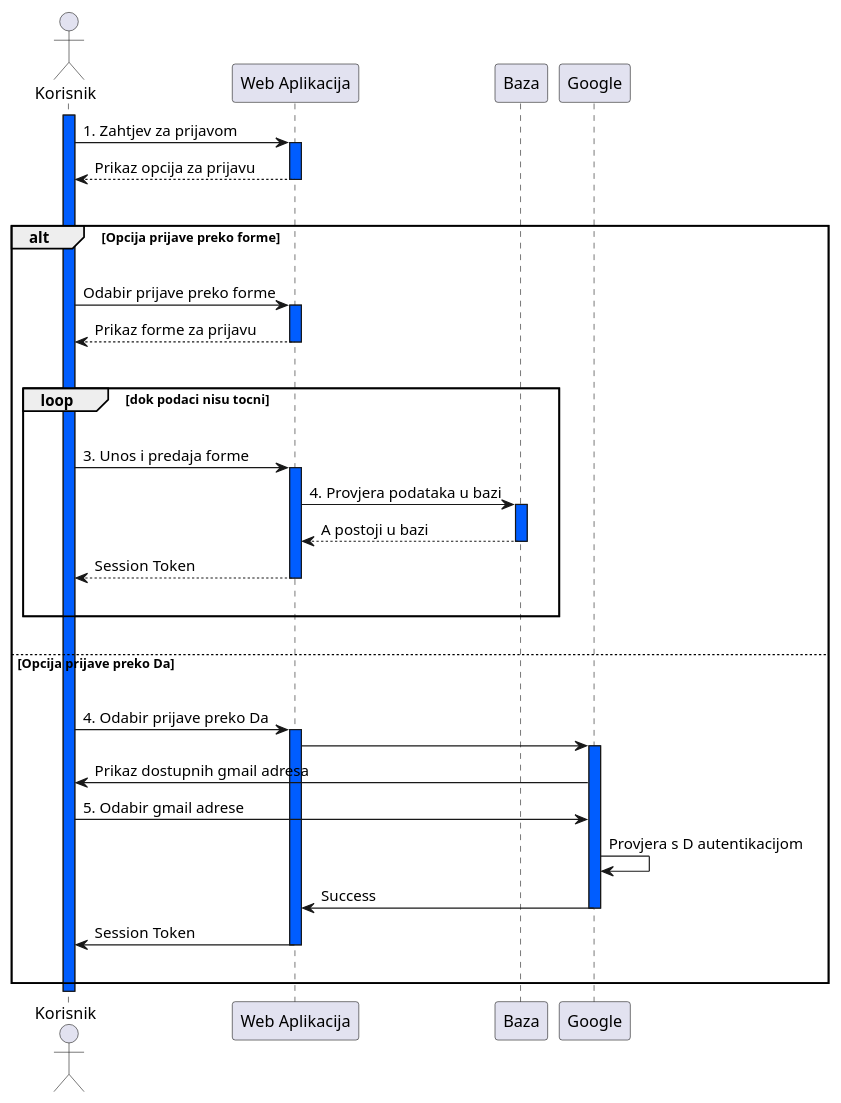
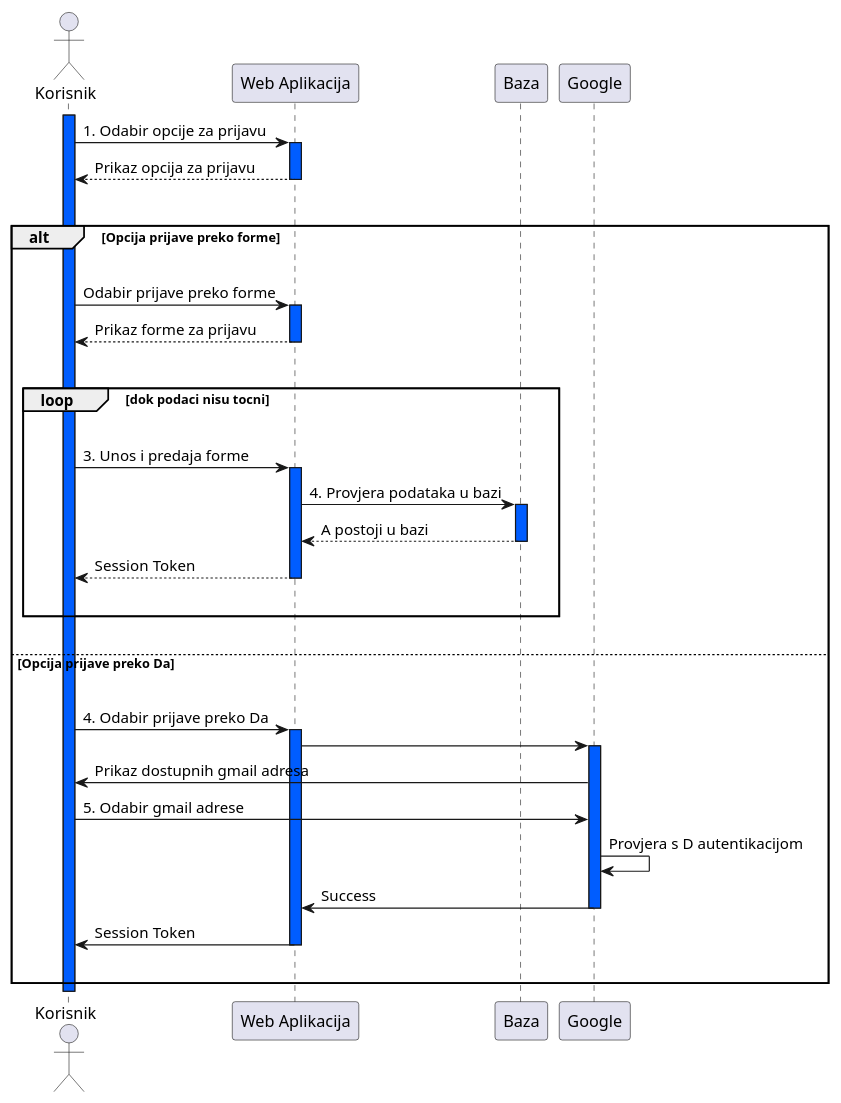
One commit to studensis/studius changed the diagram in documentation/diagrams/UMLSequence/loginSequence.pu. Above: the diagram before and after it, drawn with PlantUML.

Commit message:
mala izmjena na sekvencijskom dijagramu UC1

```diff
--- a/documentation/diagrams/UMLSequence/loginSequence.pu
+++ b/documentation/diagrams/UMLSequence/loginSequence.pu
@@ -1,60 +1,60 @@
 @startuml loginSequence
 
 actor "Korisnik" as A
 participant "Web Aplikacija" as B
 participant "Baza" as C
 participant "Google" as D
 
 activate A #005DFF
 
-A -> B: 1. Zahtjev za prijavom
+A -> B: 1. Odabir opcije za prijavu
 activate B #005DFF
 B --> A: Prikaz opcija za prijavu
 deactivate B
 
 |||
 alt Opcija prijave preko forme
 |||
 
 A -> B: Odabir prijave preko forme
 activate B #005DFF
 B --> A: Prikaz forme za prijavu
 deactivate B
 
 |||
 loop dok podaci nisu tocni
 |||
 
 A -> B: 3. Unos i predaja forme
 activate B #005DFF
 B -> C: 4. Provjera podataka u bazi
 activate C #005DFF
 C --> B: A postoji u bazi
 deactivate C
 B --> A: Session Token
 deactivate B
 
 |||
 end
 |||
 else Opcija prijave preko Da
 |||
 
     A -> B: 4. Odabir prijave preko Da
     	activate B #005DFF
     B -> D
     	activate D #005DFF
     D -> A: Prikaz dostupnih gmail adresa
     A -> D: 5. Odabir gmail adrese
     D -> D: Provjera s D autentikacijom
     D -> B: Success
     	deactivate D
     B -> A: Session Token
     	deactivate B
 
 |||
 end
 
 deactivate A
 
 @enduml
```
